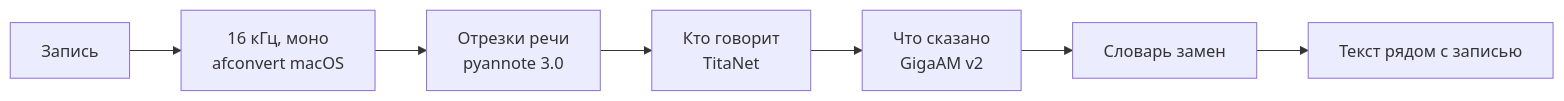
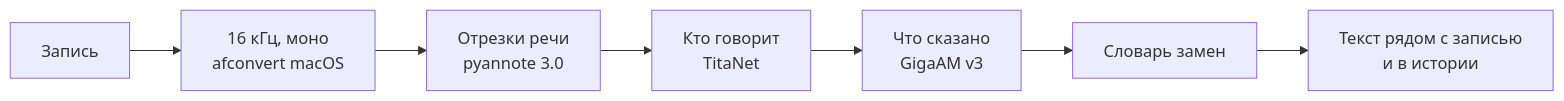
One commit to iKapitan/prorech changed the diagram in README.md. Above: the diagram before and after it, drawn with Mermaid. The commit also changed other lines of this file and 8 other files, not shown here.

````diff
--- a/README.md
+++ b/README.md
@@ -60,9 +70,9 @@
 ```mermaid
 flowchart LR
   F[Запись] --> A[16 кГц, моно<br>afconvert macOS]
   A --> B[Отрезки речи<br>pyannote 3.0]
   B --> C[Кто говорит<br>TitaNet]
-  C --> D[Что сказано<br>GigaAM v2]
+  C --> D[Что сказано<br>GigaAM v3]
   D --> E[Словарь замен]
-  E --> T[Текст рядом с записью]
+  E --> T[Текст рядом с записью<br>и в истории]
 ```
````
